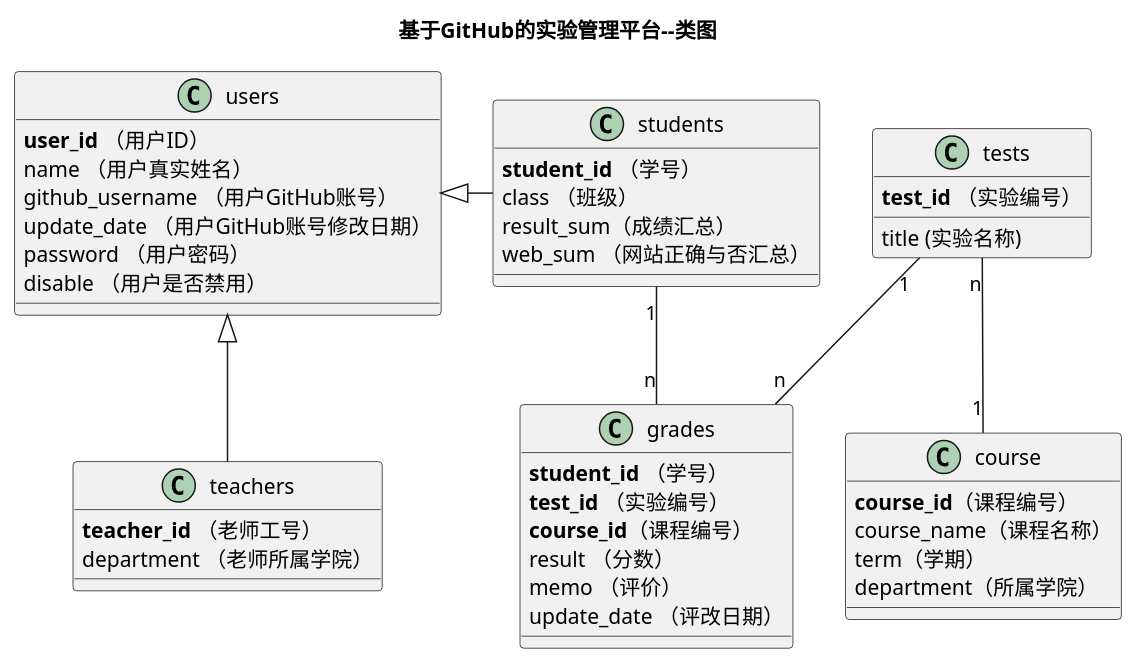
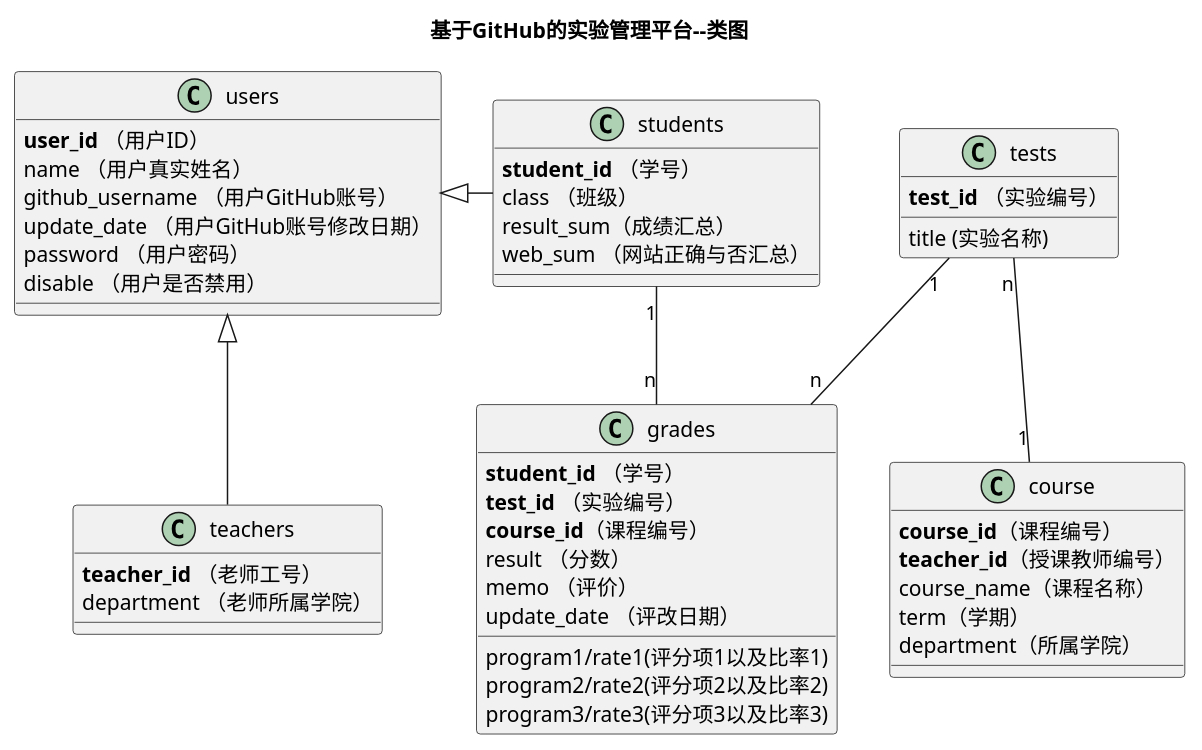
Before and after one commit to z915287285/is_analysis: the diagram in test6/class.puml, drawn with PlantUML. The commit also changed 1 other file, not shown here.

```diff
--- a/test6/class.puml
+++ b/test6/class.puml
@@ -1,47 +1,51 @@
 @startuml
 title 基于GitHub的实验管理平台--类图
 class users {
     <b>user_id</b> （用户ID）
     name （用户真实姓名）
     github_username （用户GitHub账号）
     update_date （用户GitHub账号修改日期）
     password （用户密码）
     disable （用户是否禁用）
 }
 class teachers{
     <b>teacher_id</b> （老师工号）
     department （老师所属学院）
 }
 class students{
     <b>student_id</b> （学号）
     class （班级）
     result_sum（成绩汇总）
     web_sum （网站正确与否汇总）
 }
 users <|- students
 users <|-- teachers
 class grades {
     <b>student_id</b> （学号）
     <b>test_id</b> （实验编号）
     <b>course_id</b>（课程编号）
+    program1/rate1(评分项1以及比率1)
+    program2/rate2(评分项2以及比率2)
+    program3/rate3(评分项3以及比率3)
     result （分数）
     memo （评价）
     update_date （评改日期）
 }
 
 class tests {
     <b>test_id</b> （实验编号）
     title (实验名称)
 }
 class course{
     <b>course_id</b>（课程编号）
+    <b>teacher_id</b>（授课教师编号）
     course_name（课程名称）
     term（学期）
     department（所属学院）
 }
 
 students "1" -- "n"  grades
 tests "1" -- "n"  grades
 tests "n" -- "1" course
 
 @enduml
```
